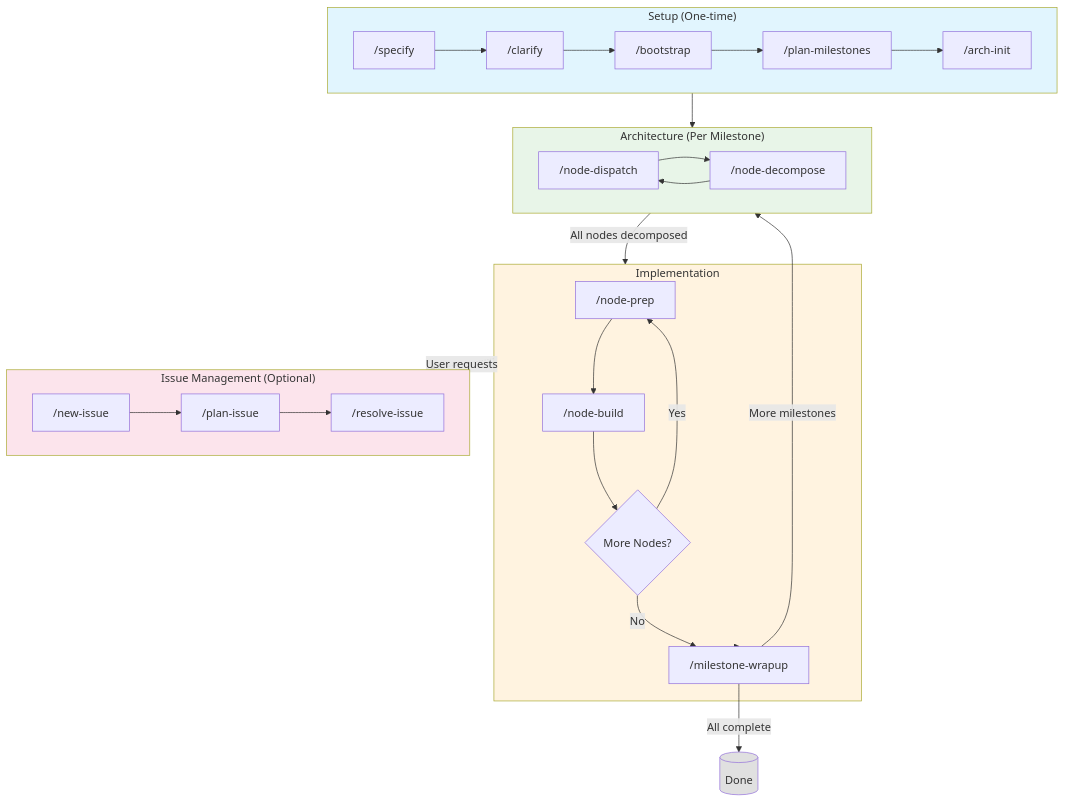
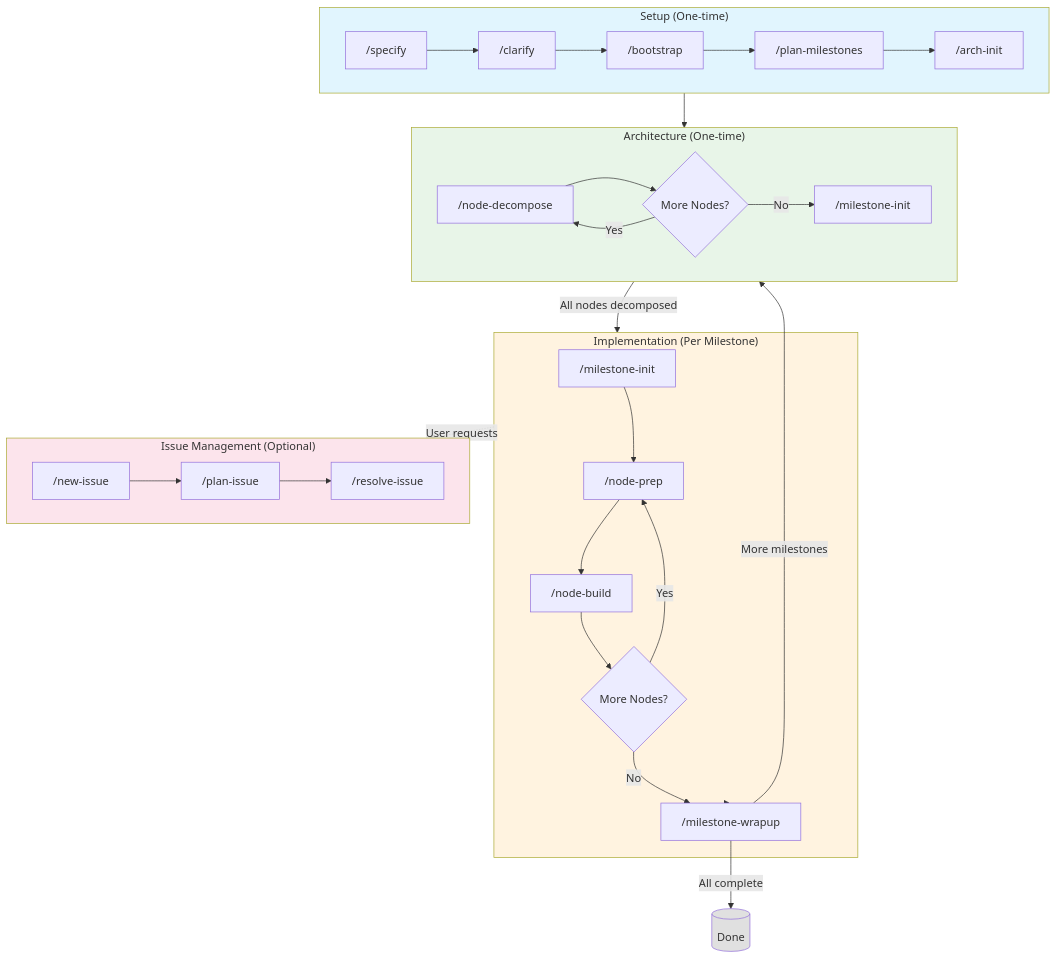
One commit to JerryAZR/code-workflow-skills changed the diagram in README.md. Above: the diagram before and after it, drawn with Mermaid. The commit also changed other lines of this file and 9 other files, not shown here.

First line of the commit message:
Add milestone-init skill and update workflow to stable-topology model

````diff
--- a/README.md
+++ b/README.md
@@ -52,39 +52,41 @@
 ```mermaid
 flowchart TB
     subgraph Setup["Setup (One-time)"]
         S1["/specify"] --> S2["/clarify"]
         S2 --> S3["/bootstrap"]
         S3 --> S4["/plan-milestones"]
         S4 --> S5["/arch-init"]
     end
 
-    subgraph Architecture["Architecture (Per Milestone)"]
-        A1["/node-dispatch"] --> A2["/node-decompose"]
-        A2 --> A1
+    subgraph Architecture["Architecture (One-time)"]
+        A1["/node-decompose"] --> A2{More Nodes?}
+        A2 -->|Yes| A1
+        A2 -->|No| A3["/milestone-init"]
     end
 
-    subgraph Implementation["Implementation"]
-        I1["/node-prep"] --> I2["/node-build"]
-        I2 --> I3{More Nodes?}
-        I3 -->|Yes| I1
-        I3 -->|No| I4["/milestone-wrapup"]
+    subgraph Implementation["Implementation (Per Milestone)"]
+        I1["/milestone-init"] --> I2["/node-prep"]
+        I2 --> I3["/node-build"]
+        I3 --> I4{More Nodes?}
+        I4 -->|Yes| I2
+        I4 -->|No| I5["/milestone-wrapup"]
     end
 
     subgraph Issue["Issue Management (Optional)"]
         J1["/new-issue"] --> J2["/plan-issue"]
         J2 --> J3["/resolve-issue"]
     end
 
     Setup --> Architecture
     Architecture -->|All nodes decomposed| Implementation
-    Implementation --> I4
-    I4 -->|More milestones| Architecture
-    I4 -->|All complete| Done[("Done")]
+    Implementation --> I5
+    I5 -->|More milestones| Architecture
+    I5 -->|All complete| Done[("Done")]
     Implementation -.->|User requests| Issue
 
     style Setup fill:#e1f5fe
     style Architecture fill:#e8f5e8
     style Implementation fill:#fff3e0
     style Issue fill:#fce4ec
     style Done fill:#e0e0e0
 ```
````
